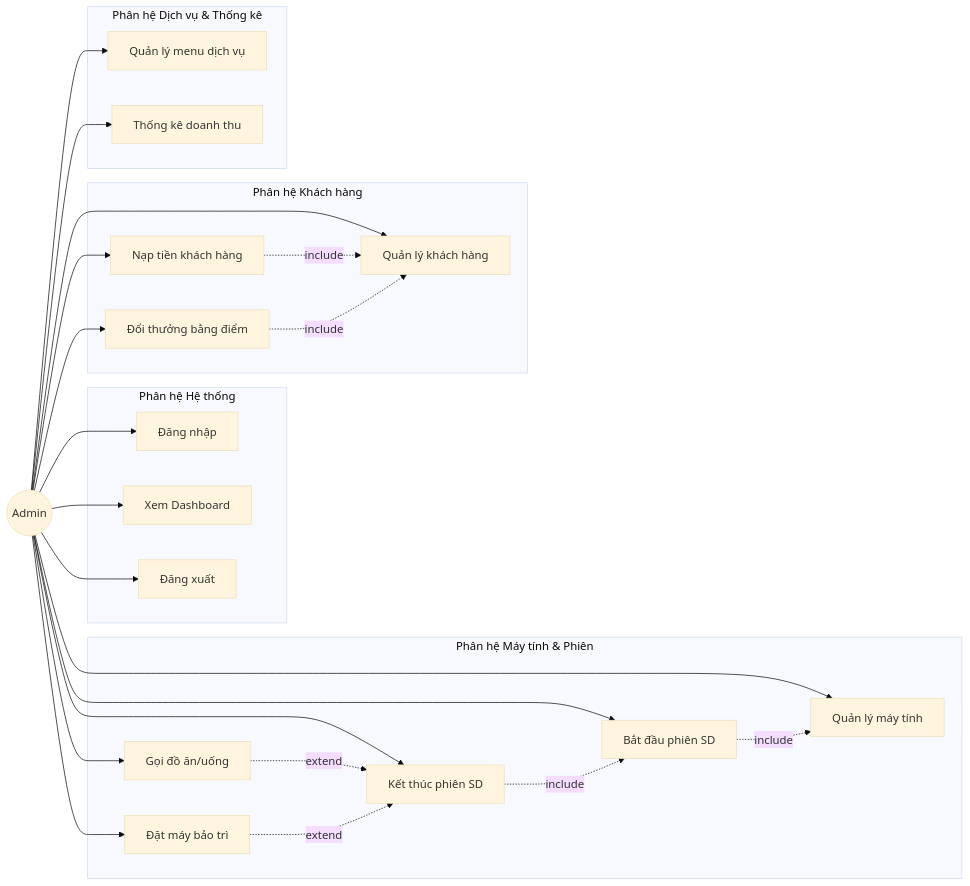
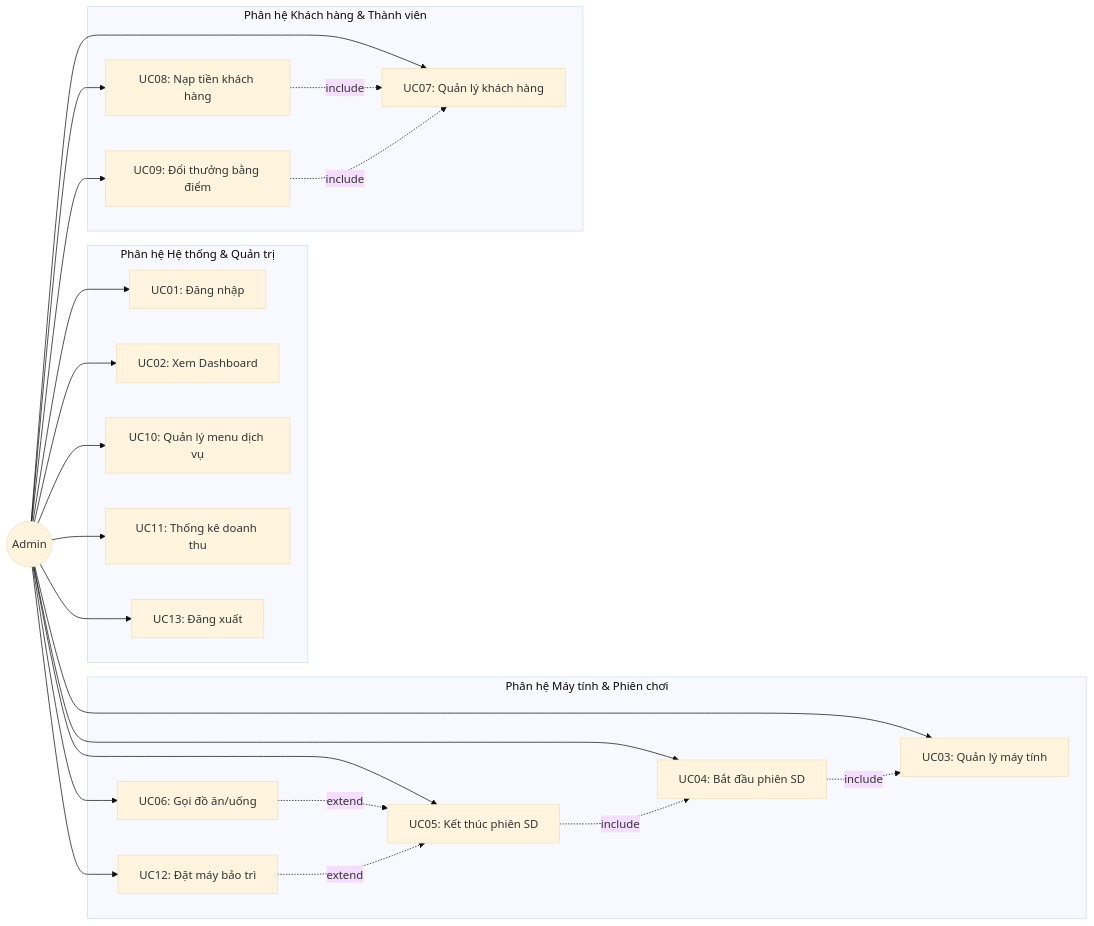
Before and after one commit to phhuyen1109/BTL: the first of 15 diagrams in PhanTich_ThietKe.md, drawn with Mermaid (base theme). The commit also changed other lines of this file and 1 other file, not shown here.

Commit message:
Ve chi tiet so do use case tung phan he va chi tiet cac luong activity/sequence

````diff
--- a/PhanTich_ThietKe.md
+++ b/PhanTich_ThietKe.md
@@ -75,50 +84,47 @@
 ```mermaid
 graph LR
     Admin((Admin))
     
-    subgraph Phân hệ Hệ thống
-        UC01[Đăng nhập]
-        UC02[Xem Dashboard]
-        UC13[Đăng xuất]
+    subgraph Phân hệ Hệ thống & Quản trị
+        UC01[UC01: Đăng nhập]
+        UC02[UC02: Xem Dashboard]
+        UC10[UC10: Quản lý menu dịch vụ]
+        UC11[UC11: Thống kê doanh thu]
+        UC13[UC13: Đăng xuất]
     end
     
-    subgraph Phân hệ Máy tính & Phiên
-        UC03[Quản lý máy tính]
-        UC04[Bắt đầu phiên SD]
-        UC05[Kết thúc phiên SD]
-        UC06[Gọi đồ ăn/uống]
-        UC12[Đặt máy bảo trì]
+    subgraph Phân hệ Máy tính & Phiên chơi
+        UC03[UC03: Quản lý máy tính]
+        UC04[UC04: Bắt đầu phiên SD]
+        UC05[UC05: Kết thúc phiên SD]
+        UC06[UC06: Gọi đồ ăn/uống]
+        UC12[UC12: Đặt máy bảo trì]
     end
     
-    subgraph Phân hệ Khách hàng
-        UC07[Quản lý khách hàng]
-        UC08[Nạp tiền khách hàng]
-        UC09[Đổi thưởng bằng điểm]
-    end
-    
-    subgraph Phân hệ Dịch vụ & Thống kê
-        UC10[Quản lý menu dịch vụ]
-        UC11[Thống kê doanh thu]
+    subgraph Phân hệ Khách hàng & Thành viên
+        UC07[UC07: Quản lý khách hàng]
+        UC08[UC08: Nạp tiền khách hàng]
+        UC09[UC09: Đổi thưởng bằng điểm]
     end
     
     Admin --> UC01
     Admin --> UC02
     Admin --> UC03
     Admin --> UC04
     Admin --> UC05
     Admin --> UC06
     Admin --> UC07
     Admin --> UC08
     Admin --> UC09
     Admin --> UC10
     Admin --> UC11
     Admin --> UC12
     Admin --> UC13
     
     UC04 -.->|include| UC03
     UC05 -.->|include| UC04
     UC06 -.->|extend| UC05
     UC08 -.->|include| UC07
     UC09 -.->|include| UC07
     UC12 -.->|extend| UC05
 ```
````
